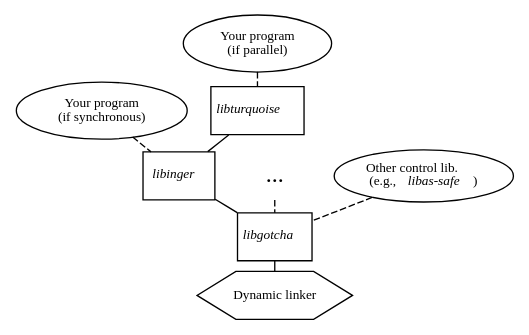
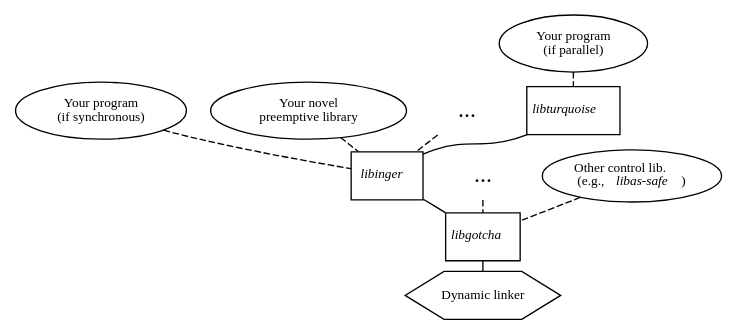
One commit to solb/thesis changed the diagram in figs/architecture.dot. Above: the diagram before and after it, drawn with Graphviz. The commit also changed 1 other file, not shown here.

Commit message:
Make architecture diagram show that you might write a preemptive library as well

```diff
--- a/figs/architecture.dot
+++ b/figs/architecture.dot
@@ -1,38 +1,42 @@
 strict graph {
 	margin=0;
 	ranksep=0;
 
 	node [fontsize=10,margin=0.05];
 
 	{
 		node [shape=oval];
 
 		serialclient [label="Your program\n(if synchronous)"];
+		clientlib [label="Your novel\npreemptive library"];
+		elipsis [shape=none,label="...",fontsize=18];
 		parallelclient [label="Your program\n(if parallel)"];
-		elipsis [shape=none,label="...",fontsize=18];
+		elipsister [shape=none,label="...",fontsize=18];
 		libassafe [label=<Other control lib.<br/>(e.g., <i>libas-safe</i>)>];
 	}
 
 	{
 		node [shape=box];
 
 		libturquoise [label=<<i>libturquoise</i>>];
 		libinger [label=<<i>libinger</i>>];
 		libgotcha [label=<<i>libgotcha</i>>];
 	}
 
 	rtld [shape=hexagon,label="Dynamic linker"];
 
 	libturquoise -- libinger;
 	libinger -- libgotcha;
 	libgotcha -- rtld;
 
 	{
 		edge [style=dashed];
 
 		serialclient -- libinger;
+		clientlib -- libinger;
+		elipsis -- libinger;
 		parallelclient -- libturquoise;
-		elipsis -- libgotcha;
+		elipsister -- libgotcha;
 		libassafe -- libgotcha;
 	}
 }
```
